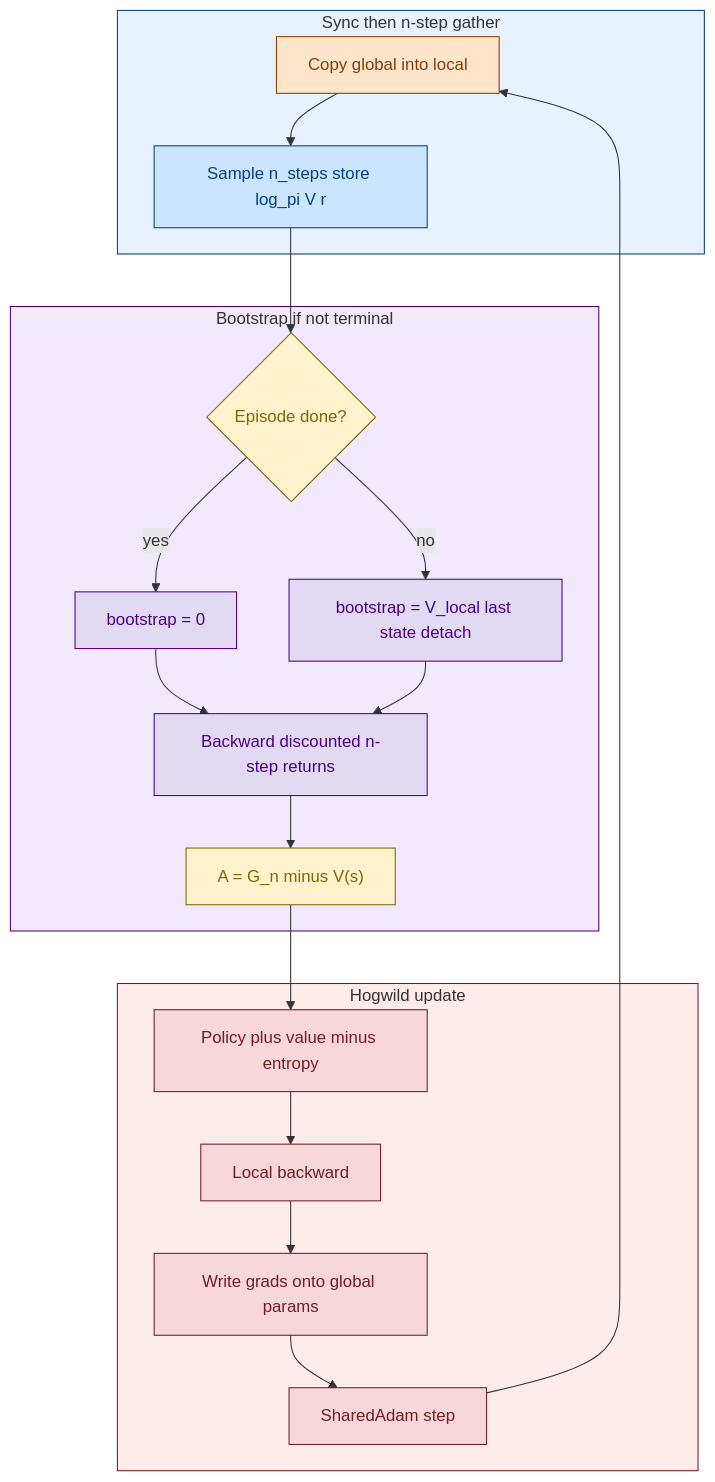
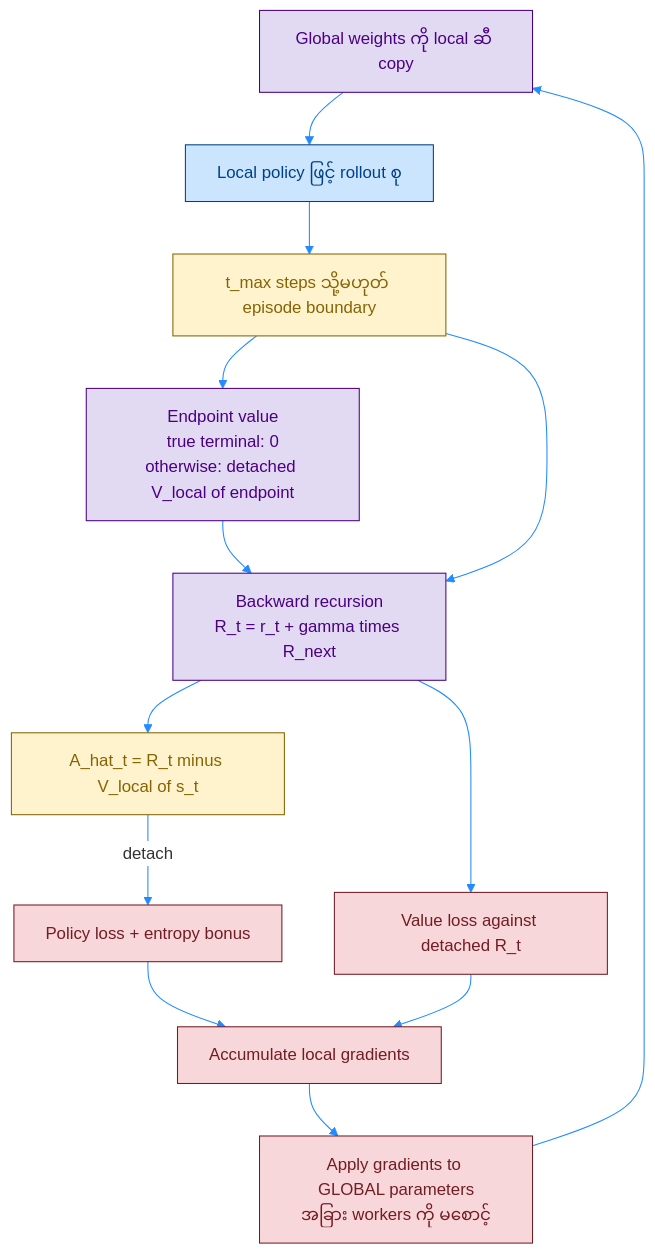
Before and after one commit to Open-Source-Robotics-For-Myanmar/rl: the third of 3 diagrams in Day81 RL python/02_Miguel Morales - Grokking Deep Reinforcement Learning/02_rl_with_dl/rom_photos/08_1_PB_actor-critic_A3C.md, drawn with Mermaid. The commit also changed other lines of this file and 5 other files, not shown here.

Commit message:
docs: organize paper and architecture notes in README

````diff
--- a/Day81 RL python/02_Miguel Morales - Grokking Deep Reinforcement Learning/02_rl_with_dl/rom_photos/08_1_PB_actor-critic_A3C.md
+++ b/Day81 RL python/02_Miguel Morales - Grokking Deep Reinforcement Learning/02_rl_with_dl/rom_photos/08_1_PB_actor-critic_A3C.md
@@ -132,33 +97,25 @@
 ```mermaid
+%%{init: {'theme': 'base', 'themeVariables': { 'primaryColor': '#ffffff', 'lineColor': '#218bff'}}}%%
 flowchart TD
-    subgraph Phase1["Sync then n-step gather"]
-        Copy["Copy global into local"]:::extra --> Roll["Sample n_steps store log_pi V r"]:::shared
-    end
+    SY["Global weights ကို local ဆီ copy"] --> C["Local policy ဖြင့် rollout စု"]
+    C --> B["t_max steps သို့မဟုတ် episode boundary"]
+    B --> END["Endpoint value<br/>true terminal: 0<br/>otherwise: detached V_local of endpoint"]
+    END --> R["Backward recursion<br/>R_t = r_t + gamma times R_next"]
+    B --> R
+    R --> A["A_hat_t = R_t minus V_local of s_t"]
+    A -->|"detach"| LP["Policy loss + entropy bonus"]
+    R --> LV["Value loss against detached R_t"]
+    LP --> GR["Accumulate local gradients"]
+    LV --> GR
+    GR --> U["Apply gradients to GLOBAL parameters<br/>အခြား workers ကို မစောင့်"]
+    U --> SY
 
-    subgraph Phase2["Bootstrap if not terminal"]
-        Roll --> Term{"Episode done?"}:::sample
-        Term -->|"yes"| Zero["bootstrap = 0"]:::value
-        Term -->|"no"| Boot["bootstrap = V_local last state detach"]:::value
-        Zero --> Gn["Backward discounted n-step returns"]:::value
-        Boot --> Gn
-        Gn --> Adv["A = G_n minus V(s)"]:::sample
-    end
-
-    subgraph Phase3["Hogwild update"]
-        Adv --> Loss["Policy plus value minus entropy"]:::train
-        Loss --> Grad["Local backward"]:::train
-        Grad --> Push["Write grads onto global params"]:::train
-        Push --> StepN["SharedAdam step"]:::train
-        StepN --> Copy
-    end
-
-    classDef shared fill:#cce5ff,stroke:#004085,color:#004085
-    classDef sample fill:#fff3cd,stroke:#856404,color:#856404
-    classDef value fill:#e2d9f3,stroke:#4b0082,color:#4b0082
-    classDef train fill:#f8d7da,stroke:#721c24,color:#721c24
-    classDef extra fill:#ffe5cc,stroke:#8a3b00,color:#8a3b00
-
-    style Phase1 fill:#e7f1ff,stroke:#004085
-    style Phase2 fill:#f3e9fc,stroke:#4b0082
-    style Phase3 fill:#fdecea,stroke:#721c24
+    classDef sync fill:#e2d9f3,stroke:#4b0082,stroke-width:1px,color:#4b0082;
+    classDef data fill:#cce5ff,stroke:#004085,stroke-width:1px,color:#004085;
+    classDef batch fill:#fff3cd,stroke:#856404,stroke-width:1px,color:#856404;
+    classDef train fill:#f8d7da,stroke:#721c24,stroke-width:1px,color:#721c24;
+    class SY,END,R sync;
+    class C data;
+    class B,A batch;
+    class LP,LV,GR,U train;
 ```
````
